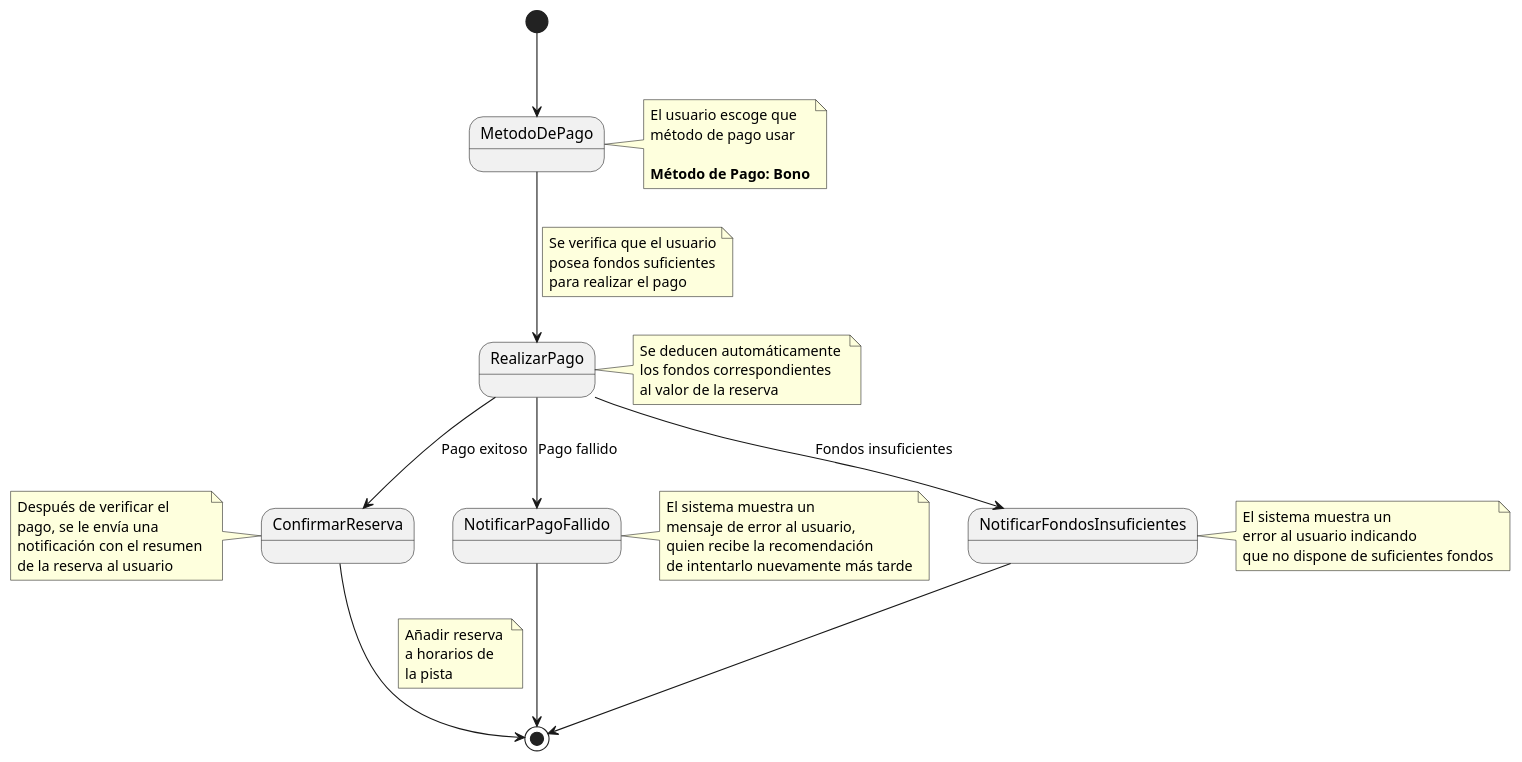
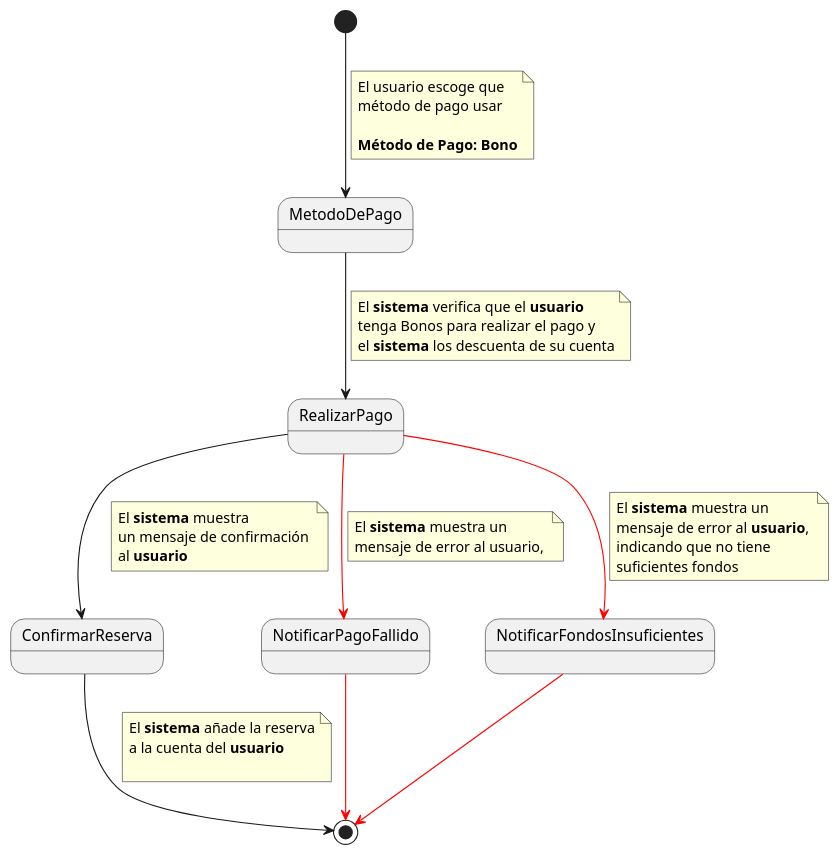
Before and after one commit to pablarce/23-24-IdSw1-SDR: the diagram in CasosDeUso/CduDetallados/CduPagos/PagarConBonos.puml, drawn with PlantUML. The commit also changed 1 other file, not shown here.

Commit message:
Cambios a CDU PagarConBonos

```diff
--- a/CasosDeUso/CduDetallados/CduPagos/PagarConBonos.puml
+++ b/CasosDeUso/CduDetallados/CduPagos/PagarConBonos.puml
@@ -1,57 +1,50 @@
 @startuml
 
 [*] --> MetodoDePago
-note right of MetodoDePago
+note on link
  El usuario escoge que 
  método de pago usar
  
  **Método de Pago: Bono**
 end note
 
 MetodoDePago --> RealizarPago
 note on link
-Se verifica que el usuario
-posea fondos suficientes
-para realizar el pago
-end note
-note right of RealizarPago
-Se deducen automáticamente 
-los fondos correspondientes 
-al valor de la reserva
+El **sistema** verifica que el **usuario**
+tenga Bonos para realizar el pago y 
+el **sistema** los descuenta de su cuenta
 end note
 
-RealizarPago --> ConfirmarReserva : Pago exitoso
-note left of ConfirmarReserva
- Después de verificar el 
- pago, se le envía una 
- notificación con el resumen 
- de la reserva al usuario
+RealizarPago --> ConfirmarReserva  
+note on link
+    El **sistema** muestra 
+    un mensaje de confirmación 
+    al **usuario**
 end note
 
-RealizarPago --> NotificarPagoFallido : Pago fallido
-note right of NotificarPagoFallido
- El sistema muestra un 
+RealizarPago -[#red]-> NotificarPagoFallido  
+note on link
+ El **sistema** muestra un 
  mensaje de error al usuario, 
- quien recibe la recomendación 
- de intentarlo nuevamente más tarde
 end note
 
-RealizarPago --> NotificarFondosInsuficientes : Fondos insuficientes
-note right of NotificarFondosInsuficientes
- El sistema muestra un 
- error al usuario indicando 
- que no dispone de suficientes fondos
+RealizarPago -[#red]-> NotificarFondosInsuficientes 
+note on link
+    El **sistema** muestra un 
+    mensaje de error al **usuario**, 
+    indicando que no tiene
+    suficientes fondos
 end note
 
-NotificarPagoFallido --> [*]
+NotificarPagoFallido -[#red]-> [*]
 
-NotificarFondosInsuficientes --> [*]
+NotificarFondosInsuficientes -[#red]-> [*]
 
 ConfirmarReserva --> [*]
 note on link
- Añadir reserva 
- a horarios de 
- la pista
+    El **sistema** añade la reserva
+    a la cuenta del **usuario**
+
 end note
 
 @enduml
```
